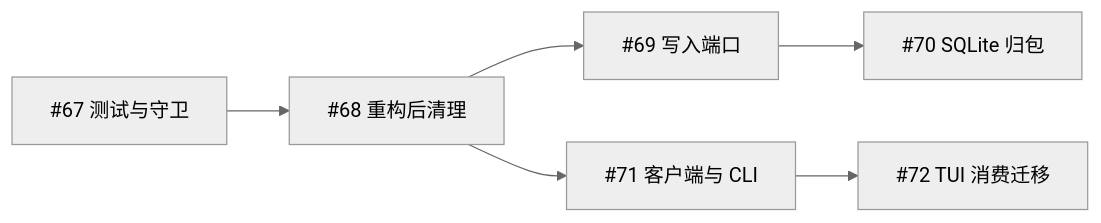
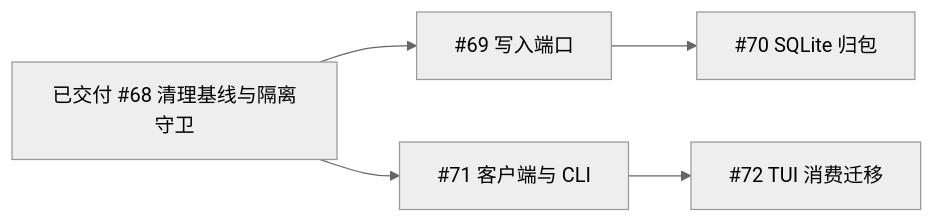
The second of 2 diagrams in docs/roadmap/core-implementation-decoupling.md (erranliu/SteerLine), drawn with Mermaid (neutral theme) before and after one commit. The commit also changed other lines of this file and 2 other files, not shown here.

Commit message:
docs: remove completed decoupling tasks from roadmaps

````diff
--- a/docs/roadmap/core-implementation-decoupling.md
+++ b/docs/roadmap/core-implementation-decoupling.md
@@ -97,6 +72,6 @@
 ```mermaid
 flowchart LR
-    C67["#67 测试与守卫"] --> C68["#68 重构后清理"]
+    C68["已交付 #68 清理基线与隔离守卫"]
     C68 --> S69["#69 写入端口"] --> S70["#70 SQLite 归包"]
     C68 --> P71["#71 客户端与 CLI"] --> P72["#72 TUI 消费迁移"]
 ```
````
